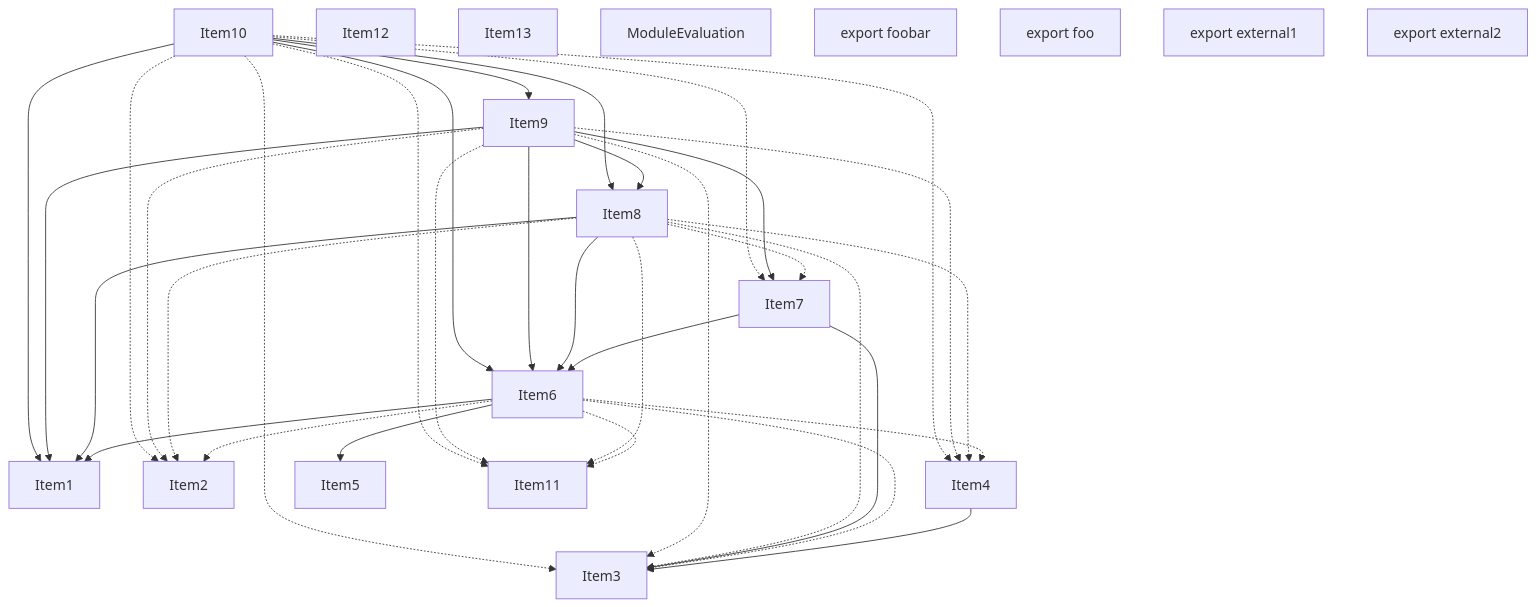
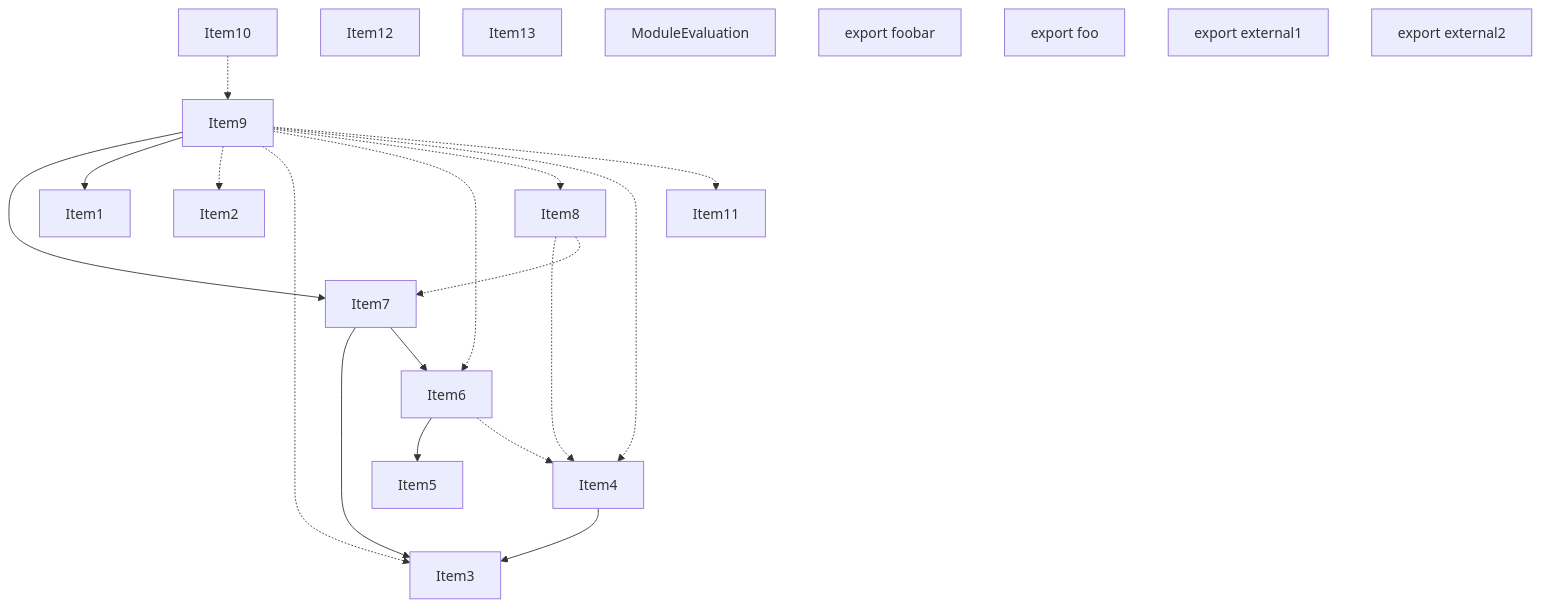
Before and after one commit to vercel/turborepo: the second of 5 diagrams in crates/turbopack-ecmascript/tests/tree-shaker/analyzer/1/output.md, drawn with Mermaid. The commit also changed other lines of this file and 12 other files, not shown here.

````diff
--- a/crates/turbopack-ecmascript/tests/tree-shaker/analyzer/1/output.md
+++ b/crates/turbopack-ecmascript/tests/tree-shaker/analyzer/1/output.md
@@ -178,59 +175,42 @@
 ```mermaid
 graph TD
     Item1;
     Item2;
     Item3;
     Item4;
     Item5;
     Item6;
     Item7;
     Item8;
     Item9;
     Item10;
     Item11;
     Item12;
     Item13;
     Item14;
     Item14["ModuleEvaluation"];
     Item15;
     Item15["export foobar"];
     Item16;
     Item16["export foo"];
     Item17;
     Item17["export external1"];
     Item18;
     Item18["export external2"];
     Item4 --> Item3;
     Item6 --> Item5;
     Item6 -.-> Item4;
-    Item6 --> Item1;
-    Item6 -.-> Item2;
-    Item6 -.-> Item3;
-    Item6 -.-> Item11;
     Item7 --> Item3;
     Item7 --> Item6;
     Item8 -.-> Item4;
     Item8 -.-> Item7;
-    Item8 --> Item1;
-    Item8 --> Item6;
-    Item8 -.-> Item2;
-    Item8 -.-> Item3;
-    Item8 -.-> Item11;
     Item9 --> Item7;
     Item9 --> Item1;
-    Item9 --> Item6;
-    Item9 --> Item8;
     Item9 -.-> Item2;
     Item9 -.-> Item3;
+    Item9 -.-> Item6;
+    Item9 -.-> Item8;
     Item9 -.-> Item4;
     Item9 -.-> Item11;
-    Item10 --> Item9;
-    Item10 --> Item1;
-    Item10 --> Item6;
-    Item10 --> Item8;
-    Item10 -.-> Item2;
-    Item10 -.-> Item3;
-    Item10 -.-> Item4;
-    Item10 -.-> Item7;
-    Item10 -.-> Item11;
+    Item10 -.-> Item9;
 ```
````
